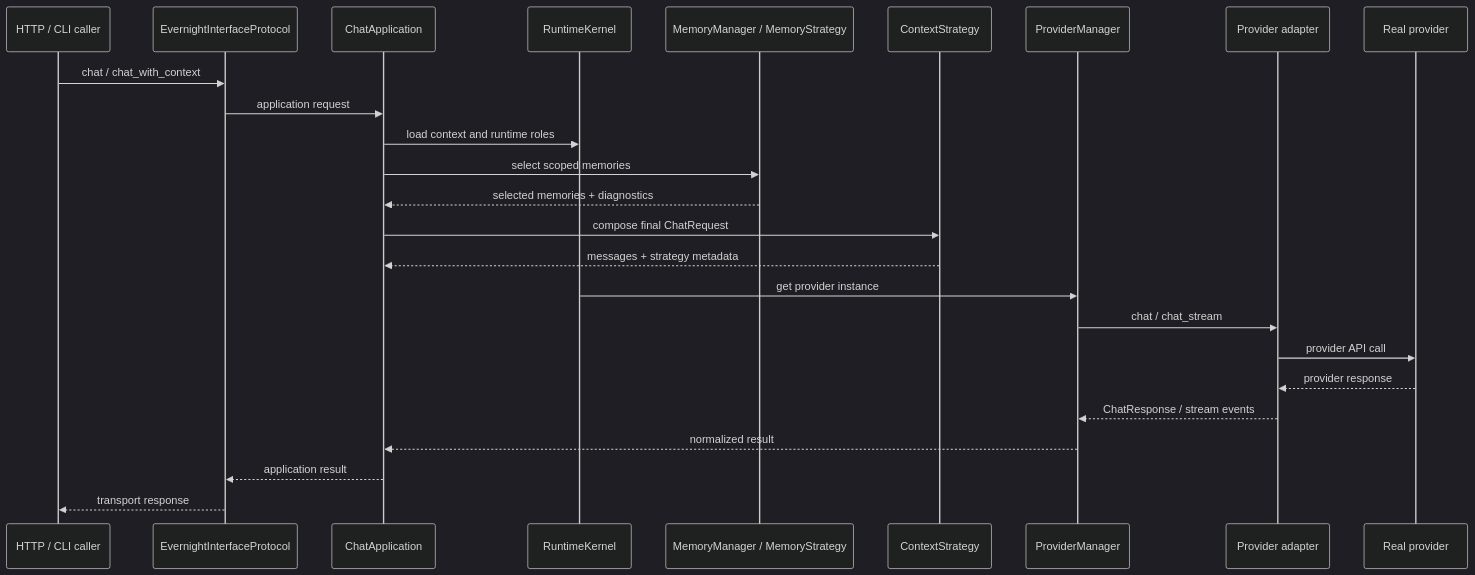
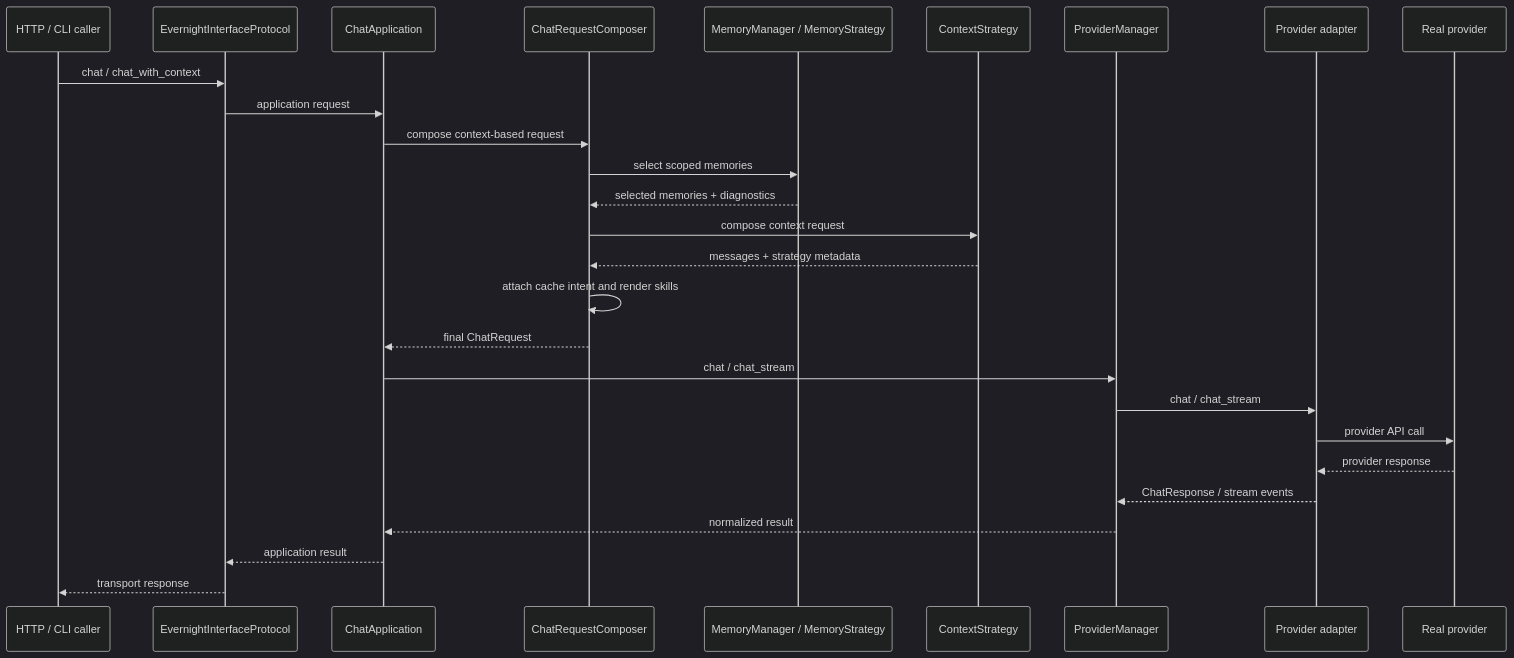
One commit to Evernight275/EvernightAI changed the third of 5 diagrams in docs/architecture-dependencies.md. Above: the diagram before and after it, drawn with Mermaid (dark theme). The commit also changed other lines of this file and 1 other file, not shown here.

Commit message:
docs: align architecture documentation with runtime implementation

````diff
--- a/docs/architecture-dependencies.md
+++ b/docs/architecture-dependencies.md
@@ -151,28 +194,30 @@
 ```mermaid
 sequenceDiagram
     participant Caller as HTTP / CLI caller
     participant Interface as EvernightInterfaceProtocol
     participant ChatApp as ChatApplication
-    participant Runtime as RuntimeKernel
+    participant Composer as ChatRequestComposer
     participant Memory as MemoryManager / MemoryStrategy
     participant Context as ContextStrategy
     participant Providers as ProviderManager
     participant Adapter as Provider adapter
     participant Provider as Real provider
 
     Caller->>Interface: chat / chat_with_context
     Interface->>ChatApp: application request
-    ChatApp->>Runtime: load context and runtime roles
-    ChatApp->>Memory: select scoped memories
-    Memory-->>ChatApp: selected memories + diagnostics
-    ChatApp->>Context: compose final ChatRequest
-    Context-->>ChatApp: messages + strategy metadata
-    Runtime->>Providers: get provider instance
+    ChatApp->>Composer: compose context-based request
+    Composer->>Memory: select scoped memories
+    Memory-->>Composer: selected memories + diagnostics
+    Composer->>Context: compose context request
+    Context-->>Composer: messages + strategy metadata
+    Composer->>Composer: attach cache intent and render skills
+    Composer-->>ChatApp: final ChatRequest
+    ChatApp->>Providers: chat / chat_stream
     Providers->>Adapter: chat / chat_stream
     Adapter->>Provider: provider API call
     Provider-->>Adapter: provider response
     Adapter-->>Providers: ChatResponse / stream events
     Providers-->>ChatApp: normalized result
     ChatApp-->>Interface: application result
     Interface-->>Caller: transport response
 ```
````
